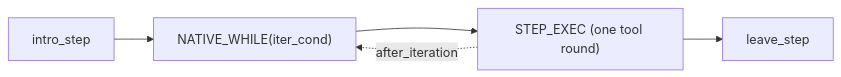
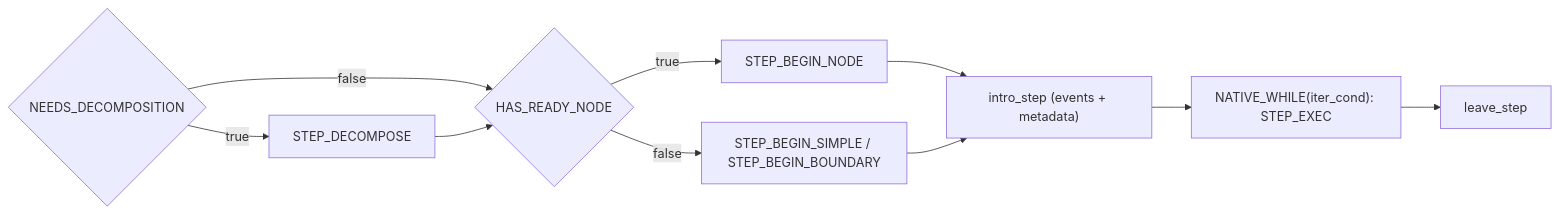
Before and after one commit to AmritaBot/AmritaCore: the diagram in docs/docs/guide/advanced/step-loop.md, drawn with Mermaid. The commit also changed other lines of this file and 9 other files, not shown here.

First line of the commit message:
refactor(agent): make step-boundary decisions Sense nodes (#253)

````diff
--- a/docs/docs/guide/advanced/step-loop.md
+++ b/docs/docs/guide/advanced/step-loop.md
@@ -36,7 +40,12 @@
 ```mermaid
 flowchart LR
-    A["intro_step"] --> B["NATIVE_WHILE(iter_cond)"]
-    B --> C["STEP_EXEC (one tool round)"]
-    C --> D["leave_step"]
-    C -. "after_iteration" .-> B
+    P{"NEEDS_DECOMPOSITION"} -->|true| D["STEP_DECOMPOSE"]
+    P -->|false| Q{"HAS_READY_NODE"}
+    D --> Q
+    Q -->|true| N["STEP_BEGIN_NODE"]
+    Q -->|false| S["STEP_BEGIN_SIMPLE / STEP_BEGIN_BOUNDARY"]
+    N --> I["intro_step (events + metadata)"]
+    S --> I
+    I --> L["NATIVE_WHILE(iter_cond): STEP_EXEC"]
+    L --> V["leave_step"]
 ```
````
